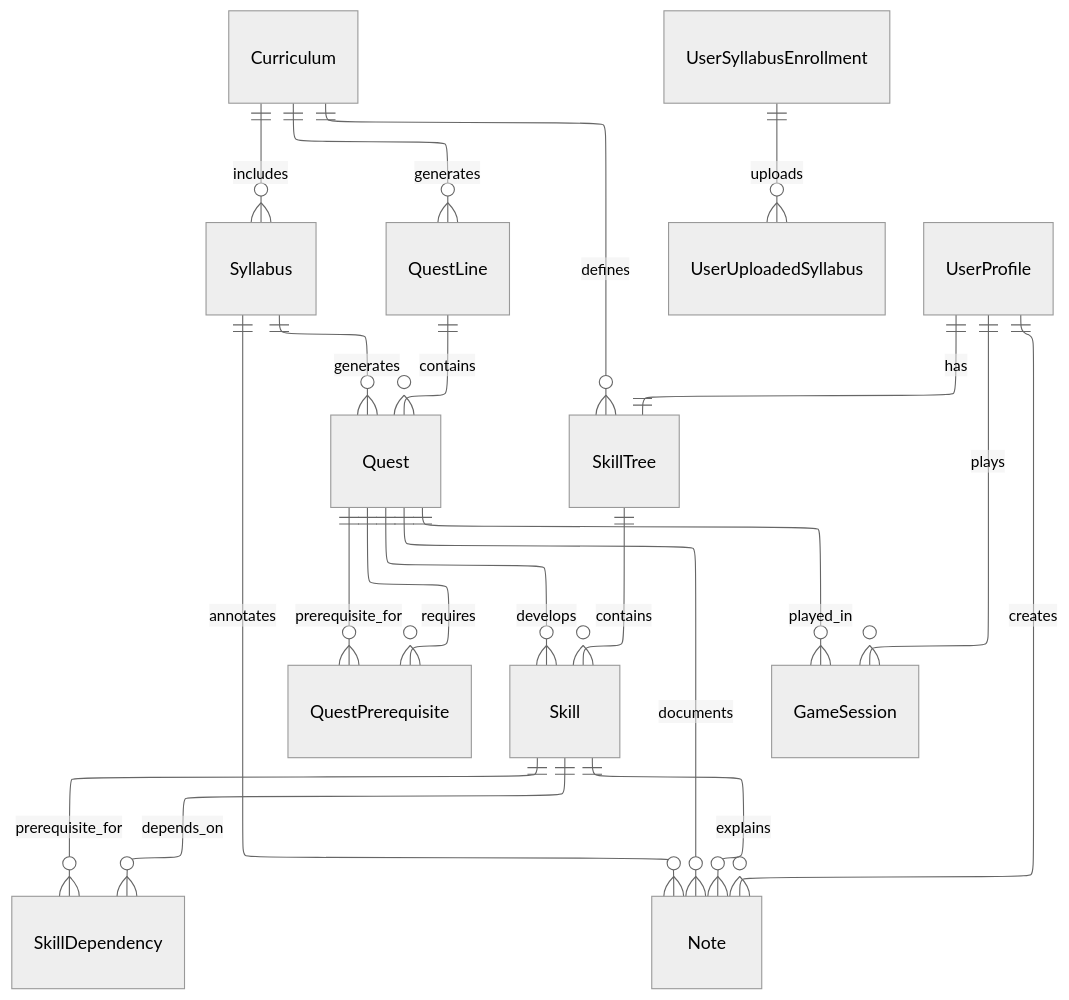
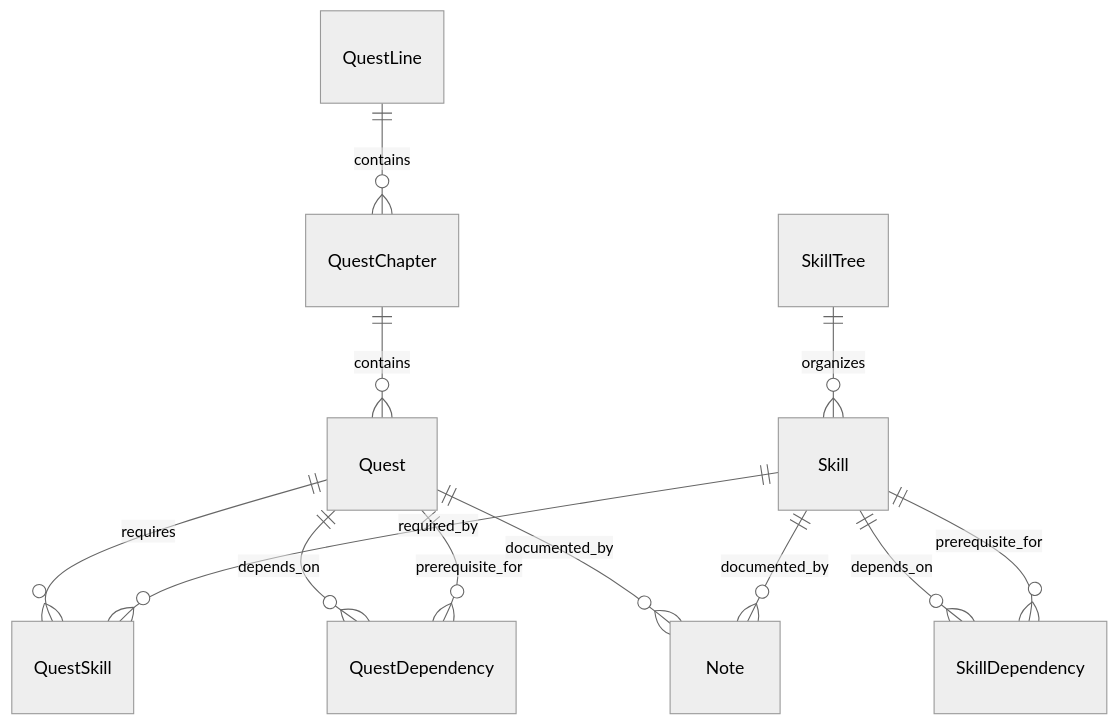
Before and after one commit to FA25SE050-RogueLearn/RogueLearn.BMAD.Documentation: the diagram in mermaid-diagrams/erd/quests-service-erd.md, drawn with Mermaid (neutral theme). The commit also changed other lines of this file and 7 other files, not shown here.

Commit message:
feat: update database schema for Quests and User academic related tables

````diff
--- a/mermaid-diagrams/erd/quests-service-erd.md
+++ b/mermaid-diagrams/erd/quests-service-erd.md
@@ -5,26 +5,17 @@
 ```mermaid
----
-config:
-  layout: elk
----
 erDiagram
-    Curriculum ||--o{ Syllabus : includes
-    Curriculum ||--o{ QuestLine : generates
-    UserSyllabusEnrollment ||--o{ UserUploadedSyllabus : uploads
-    QuestLine ||--o{ Quest : contains
-    Syllabus ||--o{ Quest : generates
-    Quest ||--o{ QuestPrerequisite : requires
-    Quest ||--o{ QuestPrerequisite : prerequisite_for
-    Curriculum ||--o{ SkillTree : defines
-    UserProfile ||--|| SkillTree : has
-    SkillTree ||--o{ Skill : contains
+    %% Quest System Hierarchy
+    QuestLine ||--o{ QuestChapter : contains
+    QuestChapter ||--o{ Quest : contains
+    Quest ||--o{ QuestSkill : requires
+    Quest ||--o{ QuestDependency : depends_on
+    Quest ||--o{ QuestDependency : prerequisite_for
+    
+    %% Skill System
+    SkillTree ||--o{ Skill : organizes
+    Skill ||--o{ QuestSkill : required_by
     Skill ||--o{ SkillDependency : depends_on
     Skill ||--o{ SkillDependency : prerequisite_for
-    Quest ||--o{ Skill : develops
-    UserProfile ||--o{ GameSession : plays
-    Quest ||--o{ GameSession : played_in
-    UserProfile ||--o{ Note : creates
-    Syllabus ||--o{ Note : annotates
-    Quest ||--o{ Note : documents
-    Skill ||--o{ Note : explains
+    Quest ||--o{ Note : documented_by
+    Skill ||--o{ Note : documented_by
 ```
````
